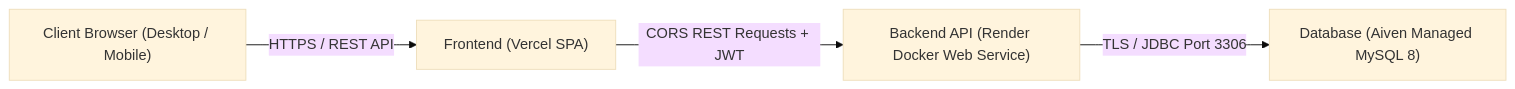
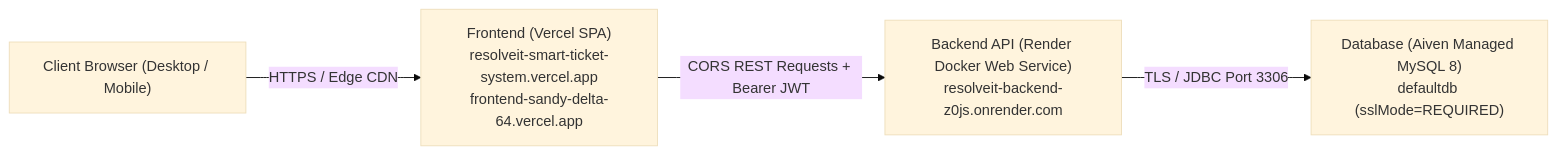
One commit to Ramprasad-Prajapat/resolveit-smart-ticket-system changed the diagram in docs/DEPLOYMENT.md. Above: the diagram before and after it, drawn with Mermaid (base theme). The commit also changed other lines of this file and 1 other file, not shown here.

````diff
--- a/docs/DEPLOYMENT.md
+++ b/docs/DEPLOYMENT.md
@@ -9,6 +9,6 @@
 ```mermaid
 flowchart LR
-    Browser["Client Browser (Desktop / Mobile)"] -->|HTTPS / REST API| Vercel["Frontend (Vercel SPA)"]
-    Vercel -->|CORS REST Requests + JWT| Render["Backend API (Render Docker Web Service)"]
-    Render -->|TLS / JDBC Port 3306| Aiven["Database (Aiven Managed MySQL 8)"]
+    Browser["Client Browser (Desktop / Mobile)"] -->|HTTPS / Edge CDN| Vercel["Frontend (Vercel SPA)<br/>resolveit-smart-ticket-system.vercel.app<br/>frontend-sandy-delta-64.vercel.app"]
+    Vercel -->|CORS REST Requests + Bearer JWT| Render["Backend API (Render Docker Web Service)<br/>resolveit-backend-z0js.onrender.com"]
+    Render -->|TLS / JDBC Port 3306| Aiven["Database (Aiven Managed MySQL 8)<br/>defaultdb (sslMode=REQUIRED)"]
 ```
````
